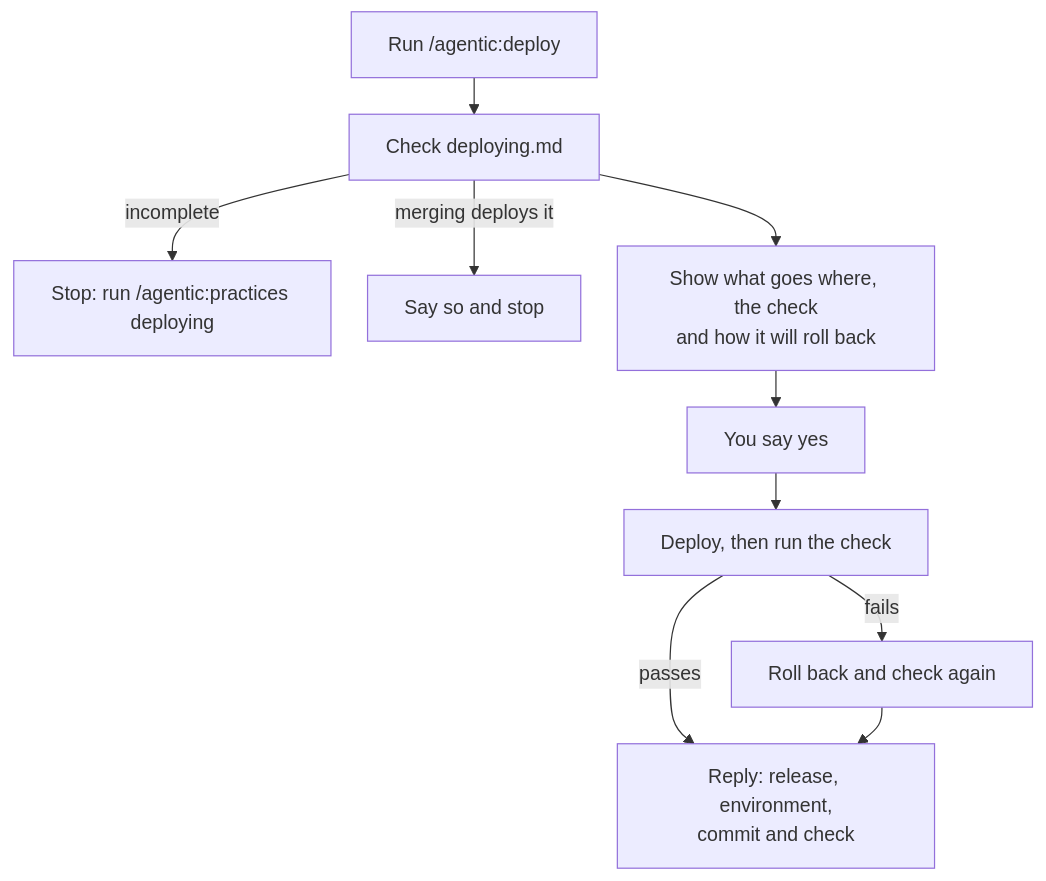
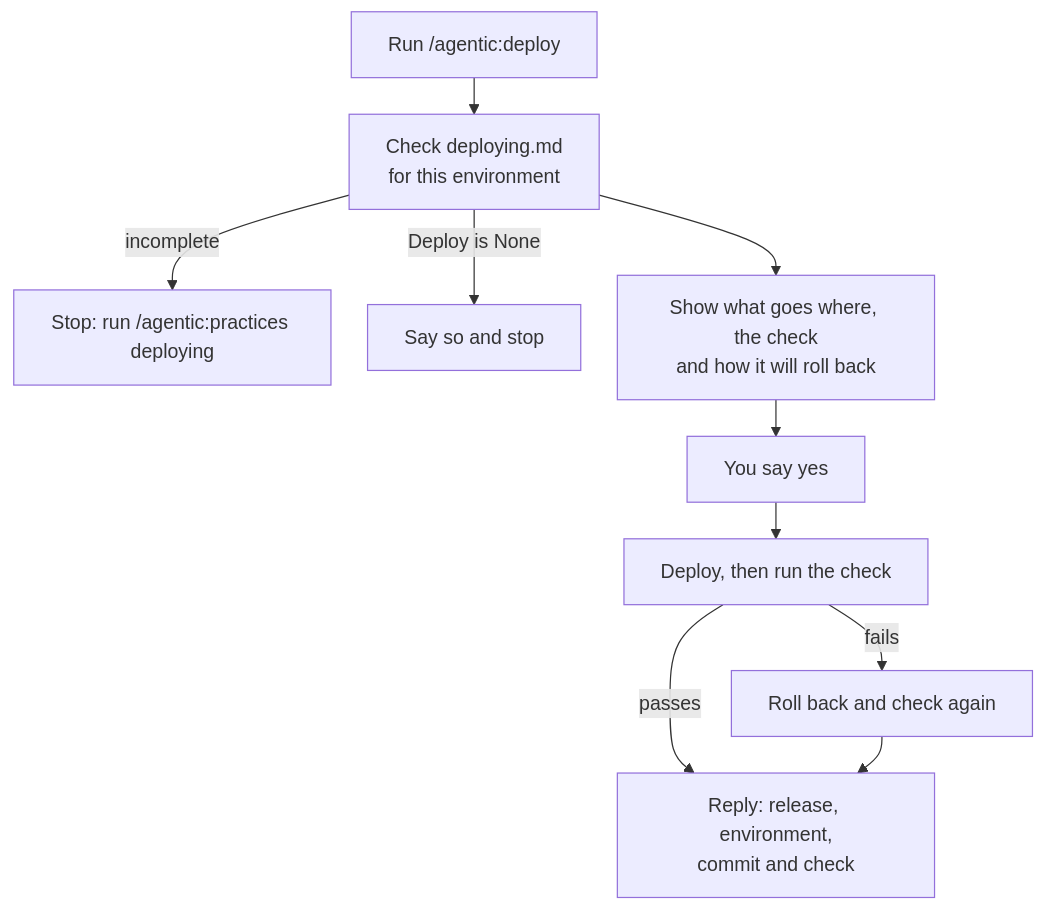
Before and after one commit to michaelmarconi/agentic-engineering: the diagram in docs/skills/deploy.md, drawn with Mermaid. The commit also changed other lines of this file, not shown here.

Commit message:
Deploy page: corrections from an independent review

````diff
--- a/docs/skills/deploy.md
+++ b/docs/skills/deploy.md
@@ -10,13 +10,13 @@
 ```mermaid
 %%{init: {"flowchart": {"nodeSpacing": 30, "rankSpacing": 30}}}%%
 flowchart TD
-    Start["Run /agentic:deploy"] --> Practice[Check deploying.md]
+    Start["Run /agentic:deploy"] --> Practice[Check deploying.md<br/>for this environment]
     Practice -->|incomplete| Stop[Stop: run /agentic:practices deploying]
-    Practice -->|merging deploys it| Merged[Say so and stop]
+    Practice -->|Deploy is None| Merged[Say so and stop]
     Practice --> Plan[Show what goes where, the check<br/>and how it will roll back]
     Plan --> Yes[You say yes]
     Yes --> Deploy[Deploy, then run the check]
     Deploy -->|passes| Reply[Reply: release, environment,<br/>commit and check]
     Deploy -->|fails| Back[Roll back and check again]
     Back --> Reply
 ```
````
